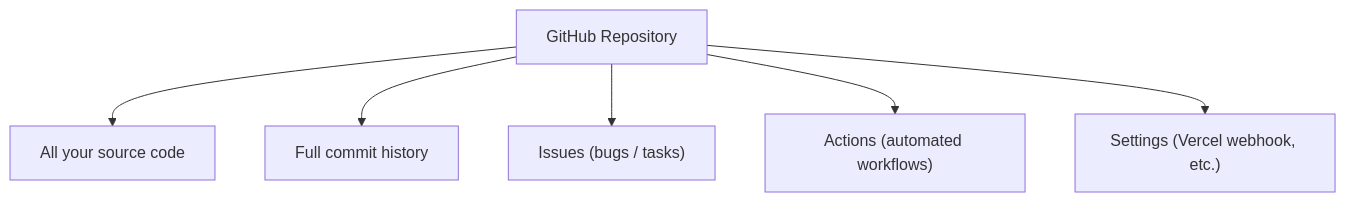
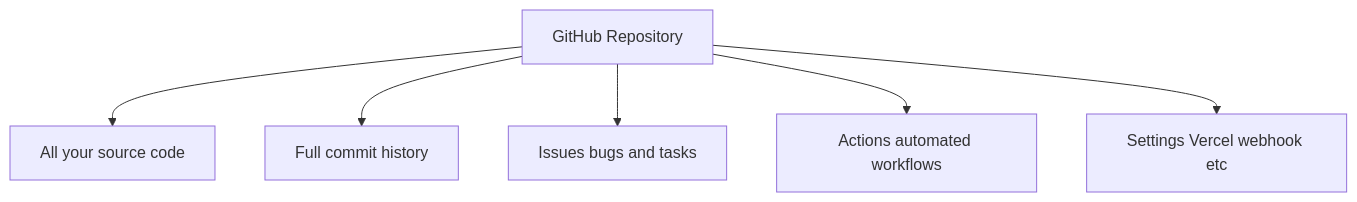
Before and after one commit to wongjinar-ai/expample: the sixth of 6 diagrams in learning/05-github.md, drawn with Mermaid. The commit also changed other lines of this file and 16 other files, not shown here.

````diff
--- a/learning/05-github.md
+++ b/learning/05-github.md
@@ -161,9 +161,9 @@
 ```mermaid
-graph TD
-    Repo["GitHub Repository"]
-    Repo --> Code["All your source code"]
-    Repo --> History["Full commit history"]
-    Repo --> Issues["Issues (bugs / tasks)"]
-    Repo --> Actions["Actions (automated workflows)"]
-    Repo --> Settings["Settings (Vercel webhook, etc.)"]
+flowchart TD
+    Repo[GitHub Repository]
+    Repo --> Code[All your source code]
+    Repo --> History[Full commit history]
+    Repo --> Issues[Issues bugs and tasks]
+    Repo --> Actions[Actions automated workflows]
+    Repo --> Settings[Settings Vercel webhook etc]
 ```
````
